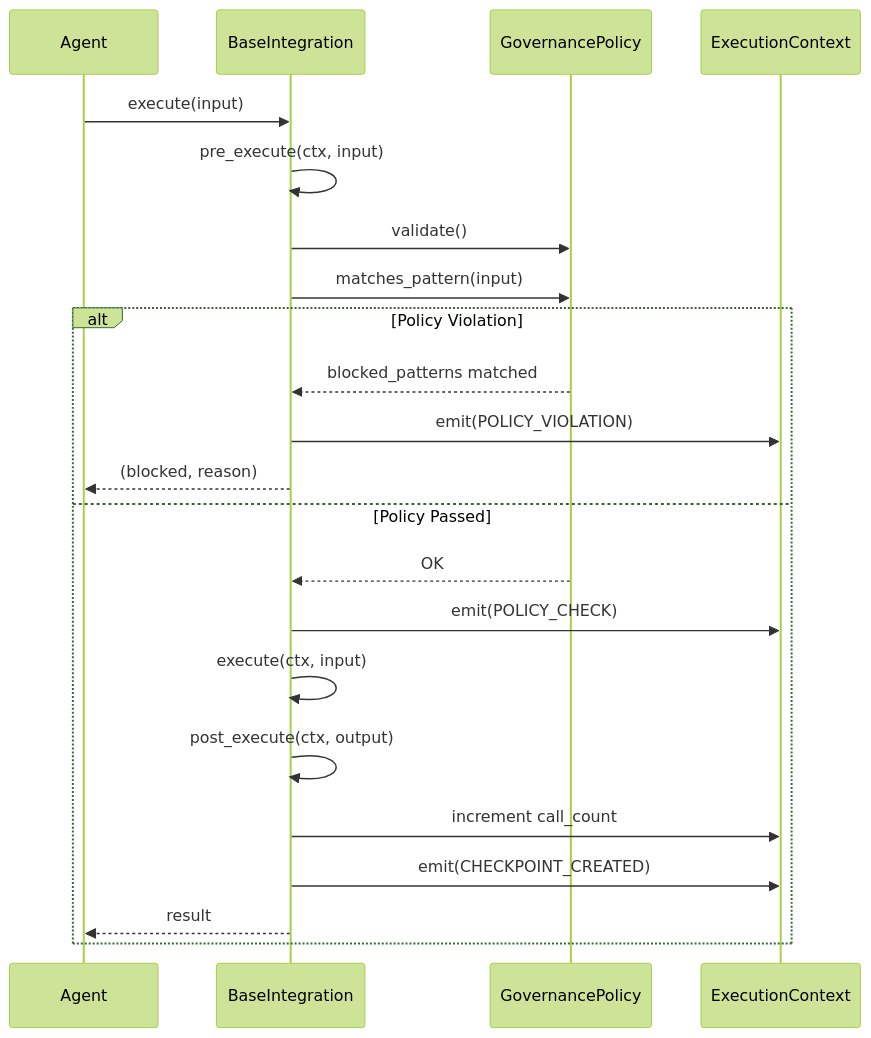
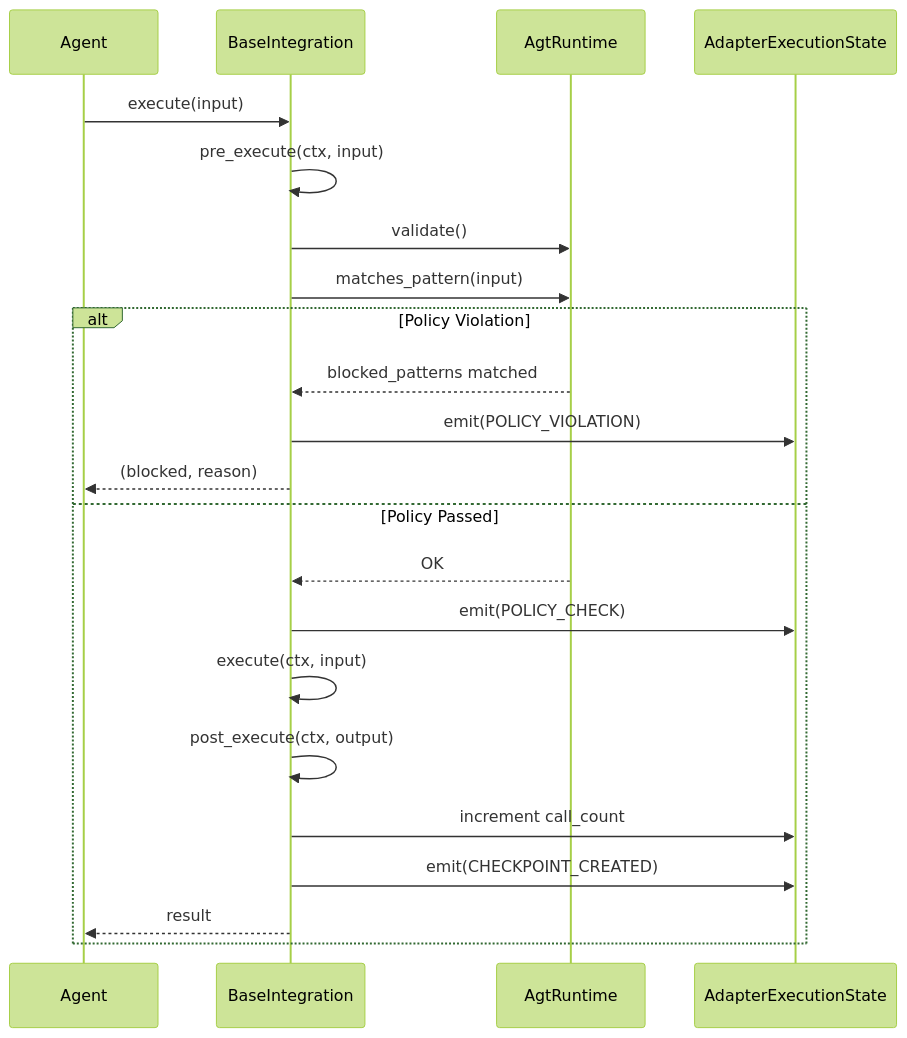
Before and after one commit to microsoft/agent-governance-toolkit: the third of 6 diagrams in agent-governance-python/agent-os/ARCHITECTURE.md, drawn with Mermaid (forest theme). The commit also changed other lines of this file and 147 other files, not shown here.

````diff
--- a/agent-governance-python/agent-os/ARCHITECTURE.md
+++ b/agent-governance-python/agent-os/ARCHITECTURE.md
@@ -91,26 +91,26 @@
 ```mermaid
 sequenceDiagram
     participant Agent
     participant Integration as BaseIntegration
-    participant Policy as GovernancePolicy
-    participant Context as ExecutionContext
+    participant Policy as AgtRuntime
+    participant Context as AdapterExecutionState
 
     Agent->>Integration: execute(input)
     Integration->>Integration: pre_execute(ctx, input)
     Integration->>Policy: validate()
     Integration->>Policy: matches_pattern(input)
 
     alt Policy Violation
         Policy-->>Integration: blocked_patterns matched
         Integration->>Context: emit(POLICY_VIOLATION)
         Integration-->>Agent: (blocked, reason)
     else Policy Passed
         Policy-->>Integration: OK
         Integration->>Context: emit(POLICY_CHECK)
         Integration->>Integration: execute(ctx, input)
         Integration->>Integration: post_execute(ctx, output)
         Integration->>Context: increment call_count
         Integration->>Context: emit(CHECKPOINT_CREATED)
         Integration-->>Agent: result
     end
 ```
````
